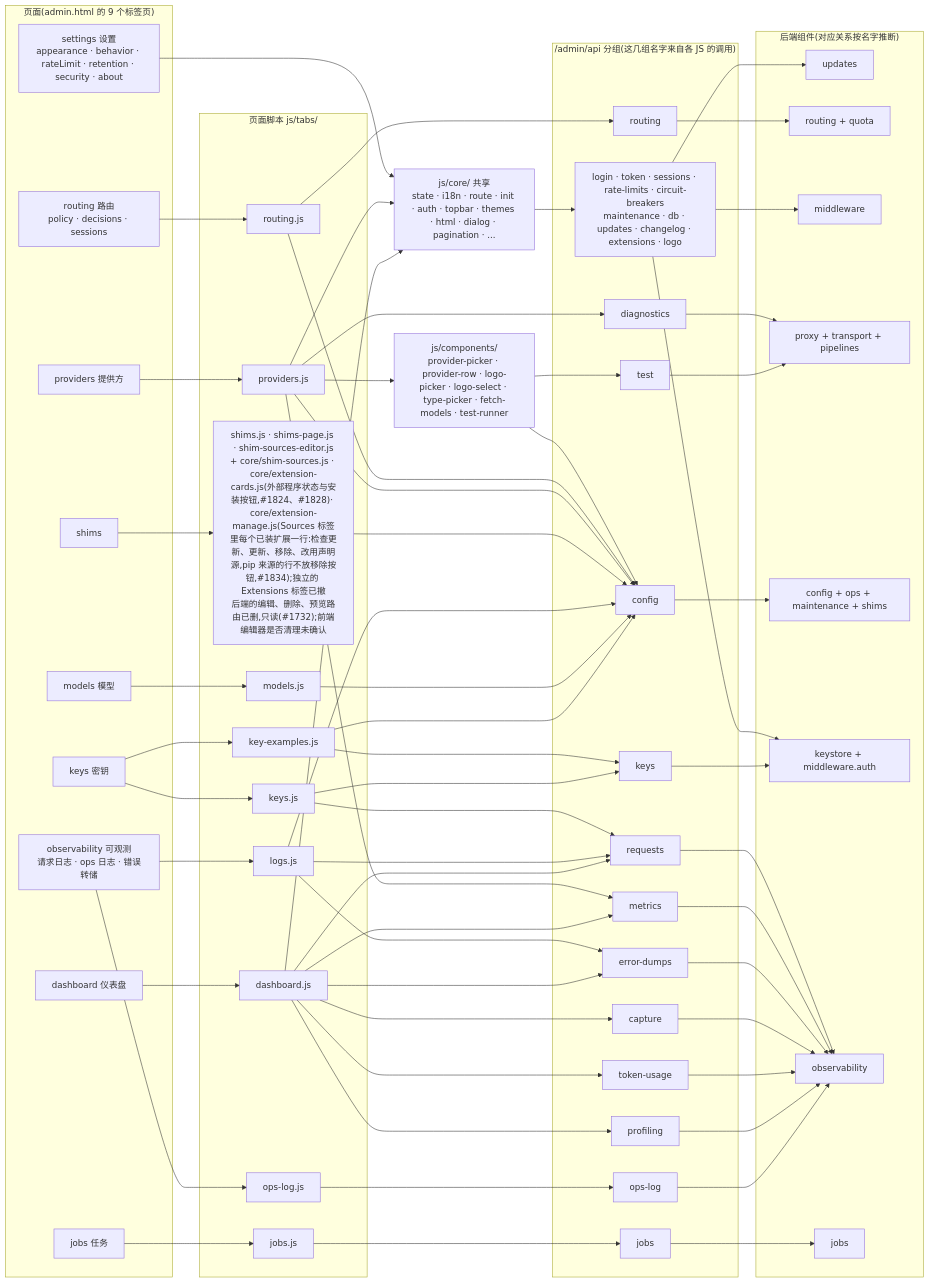
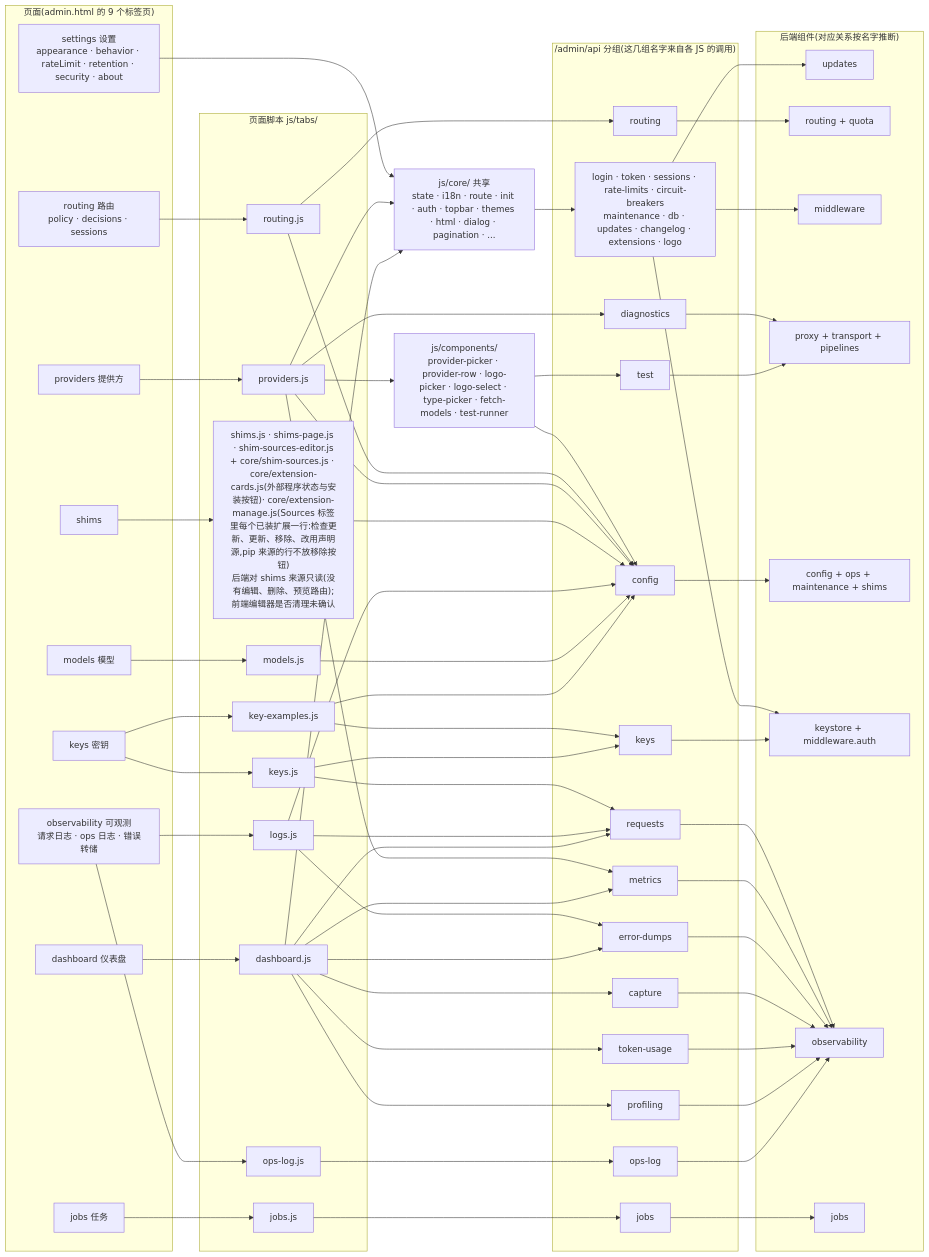
One commit to Oaklight/llm-rosetta changed the diagram in admin.mmd. Above: the diagram before and after it, drawn with Mermaid. The commit also changed 10 other files, not shown here.

Commit message:
diagrams: describe the current architecture only; request_log peer_ip and forwarded_for

```diff
--- a/admin.mmd
+++ b/admin.mmd
@@ -1,107 +1,107 @@
 flowchart LR
   COMP["js/components/<br/>provider-picker · provider-row · logo-picker · logo-select · type-picker · fetch-models · test-runner"]
   subgraph APIS["/admin/api 分组(这几组名字来自各 JS 的调用)"]
     A_CFG["config"]
     A_JOBS["jobs"]
     A_KEYS["keys"]
     A_CAP["capture"]
     A_REQ["requests"]
     A_TOK["token-usage"]
     A_DUMP["error-dumps"]
     A_TEST["test"]
     A_DIAG["diagnostics"]
     A_OTHER["login · token · sessions · rate-limits · circuit-breakers<br/>maintenance · db · updates · changelog · extensions · logo"]
     A_OPS["ops-log"]
     A_MET["metrics"]
     A_PROF["profiling"]
     A_ROUTE["routing"]
   end
   subgraph PAGES["页面(admin.html 的 9 个标签页)"]
     P_SET["settings 设置<br/>appearance · behavior · rateLimit · retention · security · about"]
     P_OBS["observability 可观测<br/>请求日志 · ops 日志 · 错误转储"]
     P_JOBS["jobs 任务"]
     P_KEYS["keys 密钥"]
     P_PROV["providers 提供方"]
     P_ROUTE["routing 路由<br/>policy · decisions · sessions"]
     P_SHIM["shims"]
     P_DASH["dashboard 仪表盘"]
     P_MOD["models 模型"]
   end
   subgraph BACK["后端组件(对应关系按名字推断)"]
     B_UPD["updates"]
     B_ROUTE["routing + quota"]
     B_MW["middleware"]
     B_REQ["proxy + transport + pipelines"]
     B_CFG["config + ops + maintenance + shims"]
     B_KS["keystore + middleware.auth"]
     B_OBS["observability"]
     B_JOBS["jobs"]
   end
   subgraph TABJS["页面脚本 js/tabs/"]
     T_DASH["dashboard.js"]
     T_LOGS["logs.js"]
-    T_SHIMS["shims.js · shims-page.js · shim-sources-editor.js<br/>+ core/shim-sources.js · core/extension-cards.js(外部程序状态与安装按钮,#1824、#1828)· core/extension-manage.js(Sources 标签里每个已装扩展一行:检查更新、更新、移除、改用声明源,pip 来源的行不放移除按钮,#1834);独立的 Extensions 标签已撤<br/>后端的编辑、删除、预览路由已删,只读(#1732);前端编辑器是否清理未确认"]
+    T_SHIMS["shims.js · shims-page.js · shim-sources-editor.js<br/>+ core/shim-sources.js · core/extension-cards.js(外部程序状态与安装按钮)· core/extension-manage.js(Sources 标签里每个已装扩展一行:检查更新、更新、移除、改用声明源,pip 来源的行不放移除按钮)<br/>后端对 shims 来源只读(没有编辑、删除、预览路由);前端编辑器是否清理未确认"]
     T_OPS["ops-log.js"]
     T_MOD["models.js"]
     T_ROUTE["routing.js"]
     T_KEX["key-examples.js"]
     T_KEYS["keys.js"]
     T_PROV["providers.js"]
     T_JOBS["jobs.js"]
   end
   SHARED["js/core/ 共享<br/>state · i18n · route · init · auth · topbar · themes · html · dialog · pagination · ..."]
   P_SET --> SHARED
   T_KEYS --> A_REQ
   P_MOD --> T_MOD
   P_DASH --> T_DASH
   T_ROUTE --> A_ROUTE
   A_REQ --> B_OBS
   P_JOBS --> T_JOBS
   COMP --> A_CFG
   T_DASH --> A_PROF
   T_ROUTE --> A_CFG
   T_LOGS --> A_DUMP
   A_MET --> B_OBS
   T_PROV --> A_DIAG
   A_CFG --> B_CFG
   T_PROV --> A_CFG
   A_OTHER --> B_KS
   P_ROUTE --> T_ROUTE
   T_LOGS --> A_REQ
   P_SHIM --> T_SHIMS
   T_DASH --> A_DUMP
   A_DIAG --> B_REQ
   T_DASH --> A_TOK
   T_OPS --> A_OPS
   P_KEYS --> T_KEX
   A_DUMP --> B_OBS
   A_ROUTE --> B_ROUTE
   SHARED --> A_OTHER
   A_CAP --> B_OBS
   P_PROV --> T_PROV
   T_SHIMS --> A_CFG
   T_LOGS --> A_CFG
   T_KEX --> A_KEYS
   A_OTHER --> B_UPD
   T_KEYS --> A_KEYS
   A_KEYS --> B_KS
   T_MOD --> A_CFG
   T_KEX --> A_CFG
   P_OBS --> T_OPS
   T_DASH --> A_CAP
   P_OBS --> T_LOGS
   T_JOBS --> A_JOBS
   A_JOBS --> B_JOBS
   T_PROV --> SHARED
   T_PROV --> A_MET
   P_KEYS --> T_KEYS
   A_TOK --> B_OBS
   T_DASH --> SHARED
   COMP --> A_TEST
   A_OTHER --> B_MW
   A_PROF --> B_OBS
   A_TEST --> B_REQ
   T_PROV --> COMP
   T_DASH --> A_MET
   A_OPS --> B_OBS
   T_DASH --> A_REQ
```
